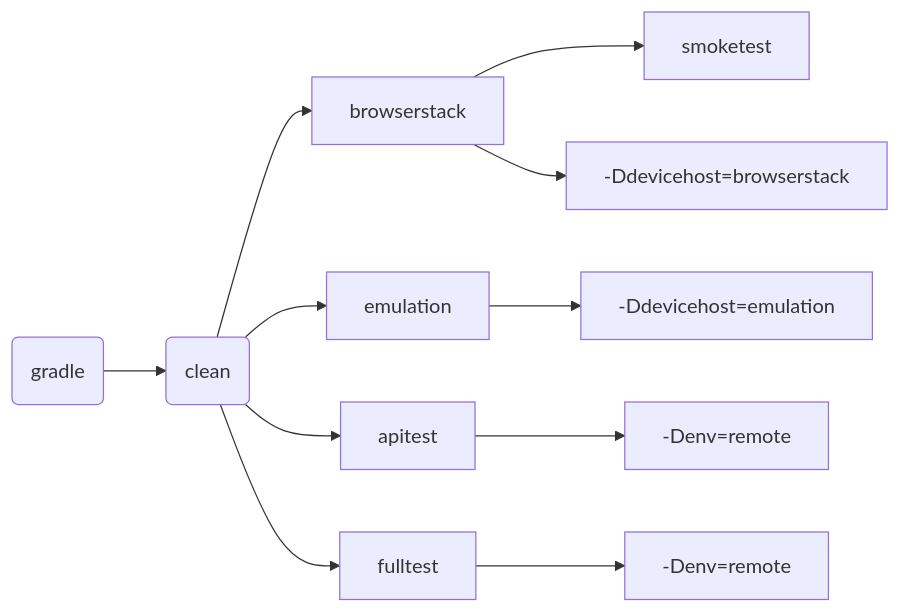
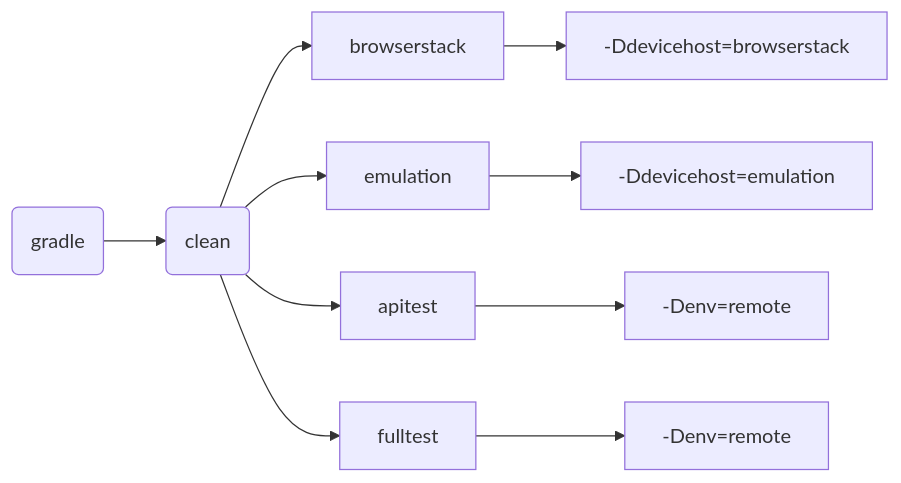
One commit to Marina24112021/asialuxe.uz changed the diagram in README.md. Above: the diagram before and after it, drawn with Mermaid.

````diff
--- a/README.md
+++ b/README.md
@@ -86,13 +86,12 @@
 ```mermaid 
 flowchart LR
     A(gradle) --> B(clean)
     B --> C[browserstack]
     B --> D[emulation]
     B --> E[apitest]
     B --> F[fulltest]
-    C --> G[smoketest]
-    C --> H[-Ddevicehost=browserstack]
-    D --> I[-Ddevicehost=emulation]
-    E --> J[-Denv=remote]
-    F --> K[-Denv=remote]
+    C --> G[-Ddevicehost=browserstack]
+    D --> H[-Ddevicehost=emulation]
+    E --> I[-Denv=remote]
+    F --> J[-Denv=remote]
 ```
````
